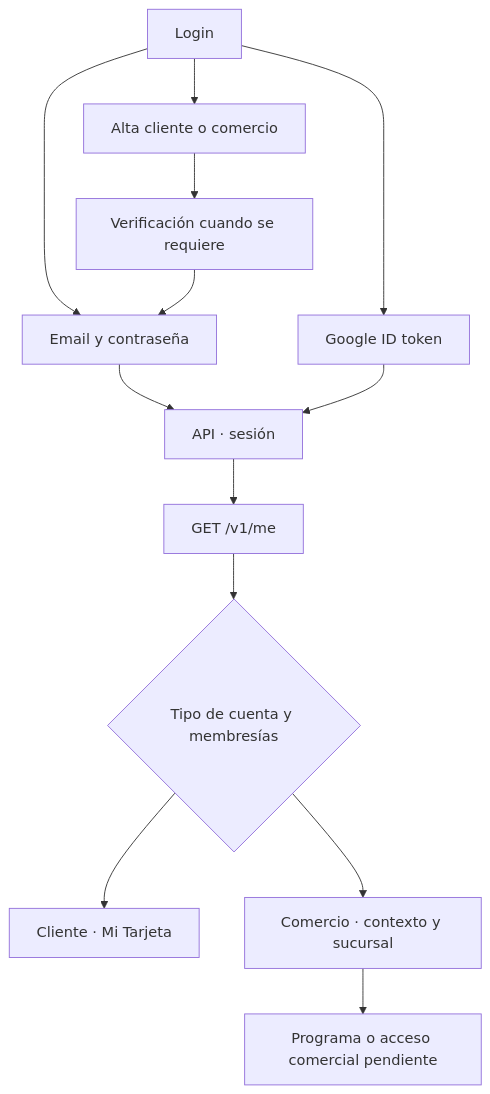
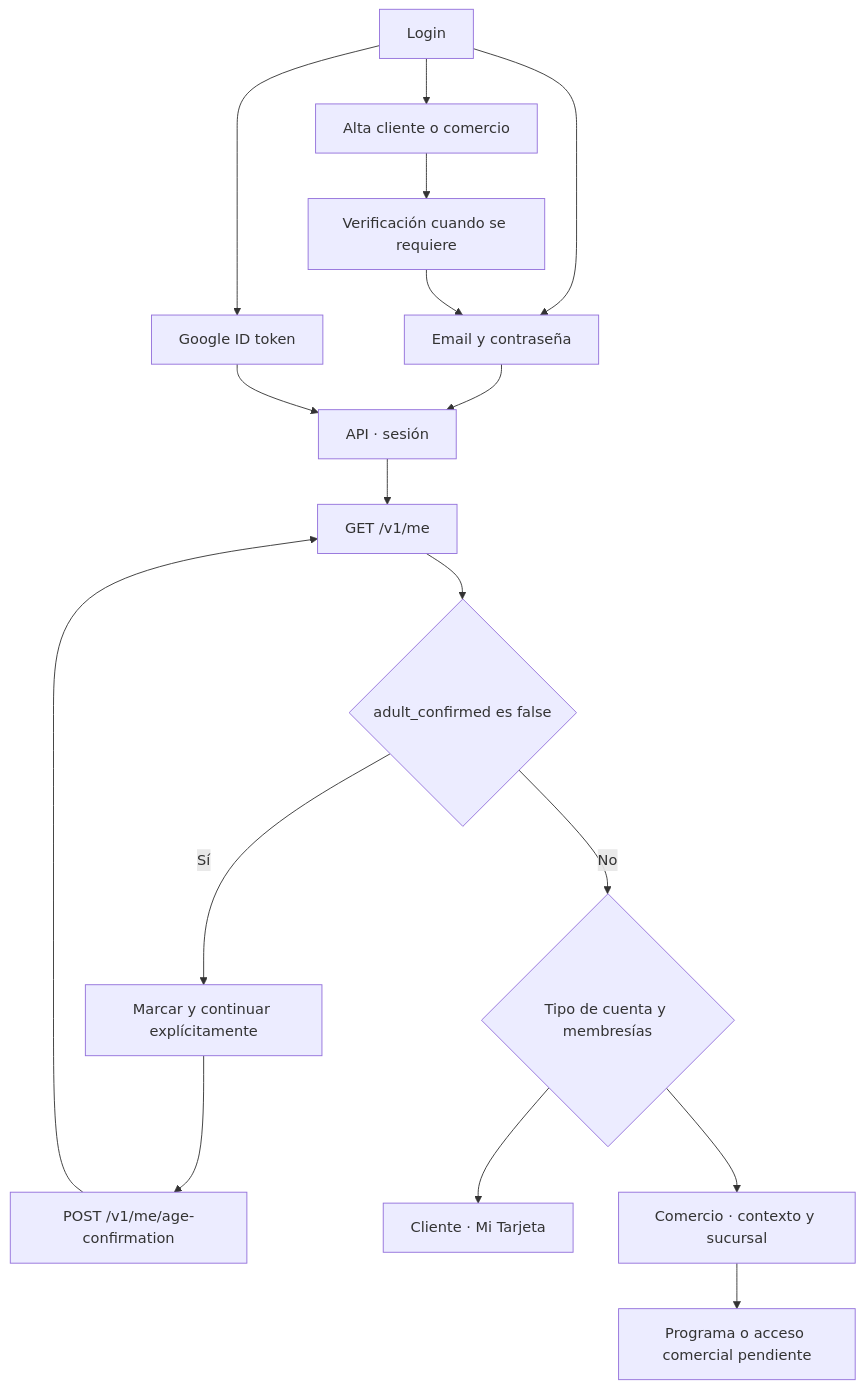
One commit to gagonzalez1/puntazo-docs changed the diagram in docs/flows/01-auth.md. Above: the diagram before and after it, drawn with Mermaid. The commit also changed other lines of this file and 8 other files, not shown here.

````diff
--- a/docs/flows/01-auth.md
+++ b/docs/flows/01-auth.md
@@ -17,15 +17,19 @@
 ```mermaid
 flowchart TD
  A[Login] --> E[Email y contraseña]
  A --> G[Google ID token]
  A --> R[Alta cliente o comercio]
  R --> V[Verificación cuando se requiere]
  E --> API[API · sesión]
  G --> API
  V --> E
  API --> ME[GET /v1/me]
- ME --> C{Tipo de cuenta y membresías}
+ ME --> AGE{adult_confirmed es false}
+ AGE -->|Sí| H[Marcar y continuar explícitamente]
+ H --> CONF[POST /v1/me/age-confirmation]
+ CONF --> ME
+ AGE -->|No| C{Tipo de cuenta y membresías}
  C --> U[Cliente · Mi Tarjeta]
  C --> M[Comercio · contexto y sucursal]
  M --> P[Programa o acceso comercial pendiente]
 ```
````
